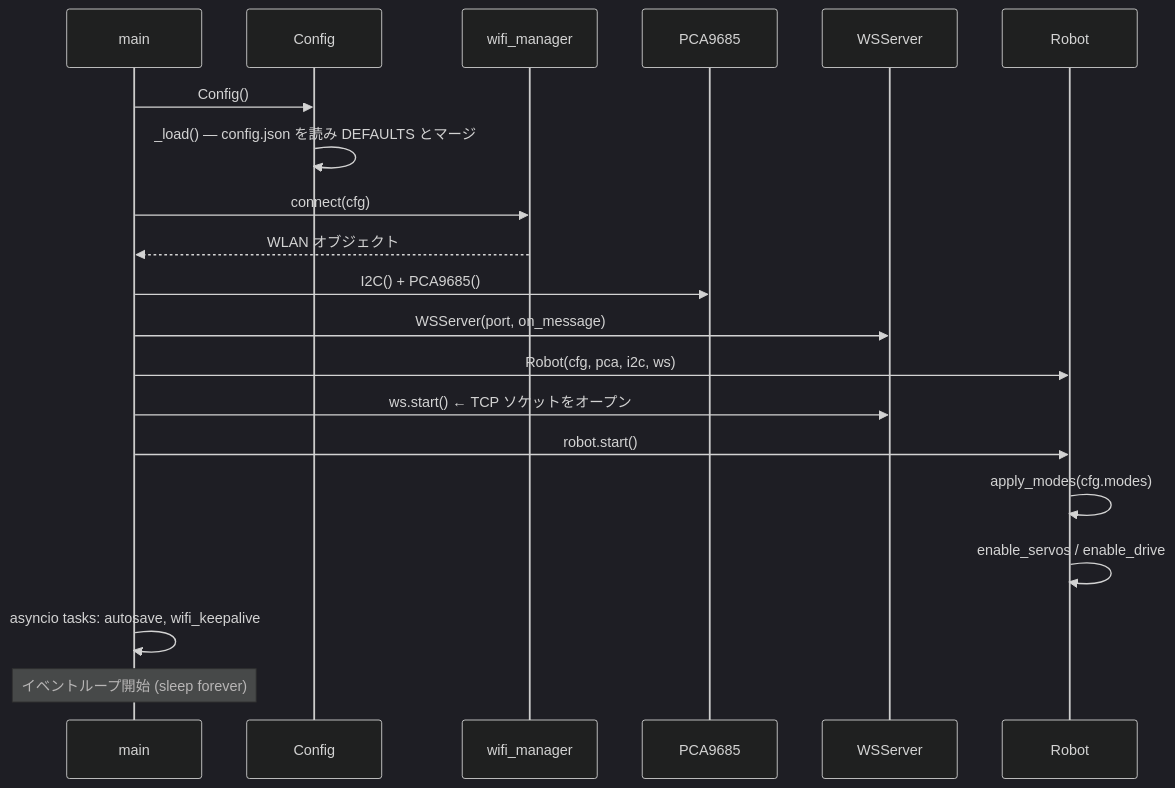
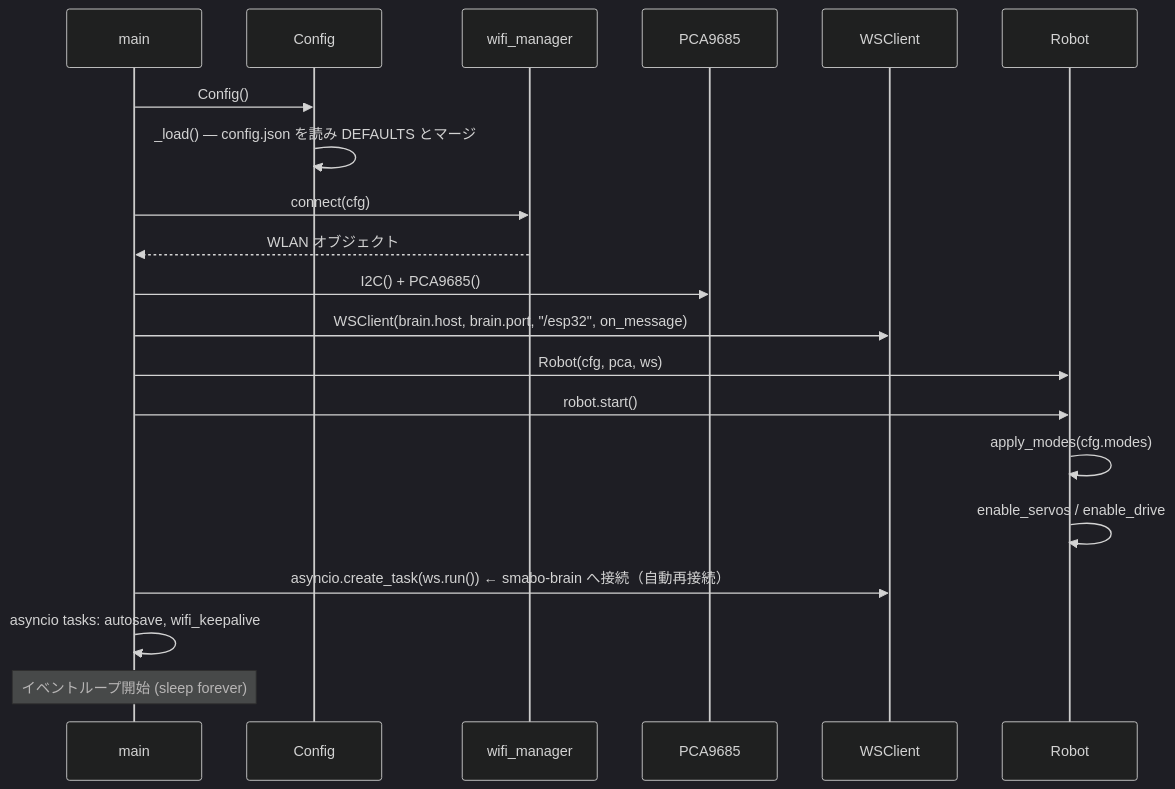
One commit to smabo-smartphone-robot/smabo-smartphone-robot.github.io changed the second of 14 diagrams in docs/architecture/design.md. Above: the diagram before and after it, drawn with Mermaid (dark theme). The commit also changed other lines of this file and 5 other files, not shown here.

````diff
--- a/docs/architecture/design.md
+++ b/docs/architecture/design.md
@@ -213,26 +227,26 @@
 ```mermaid
 sequenceDiagram
     participant main
     participant Config
     participant WiFi as wifi_manager
     participant I2C/PCA as PCA9685
-    participant WSServer
+    participant WSClient
     participant Robot
 
     main->>Config: Config()
     Config->>Config: _load() — config.json を読み DEFAULTS とマージ
     main->>WiFi: connect(cfg)
     WiFi-->>main: WLAN オブジェクト
 
     main->>I2C/PCA: I2C() + PCA9685()
-    main->>WSServer: WSServer(port, on_message)
-    main->>Robot: Robot(cfg, pca, i2c, ws)
-    main->>WSServer: ws.start()  ← TCP ソケットをオープン
+    main->>WSClient: WSClient(brain.host, brain.port, "/esp32", on_message)
+    main->>Robot: Robot(cfg, pca, ws)
 
     main->>Robot: robot.start()
     Robot->>Robot: apply_modes(cfg.modes)
     Robot->>Robot: enable_servos / enable_drive
 
+    main->>WSClient: asyncio.create_task(ws.run())  ← smabo-brain へ接続（自動再接続）
     main->>main: asyncio tasks: autosave, wifi_keepalive
     Note over main: イベントループ開始 (sleep forever)
 ```
````
